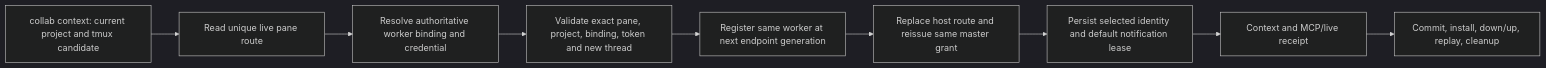
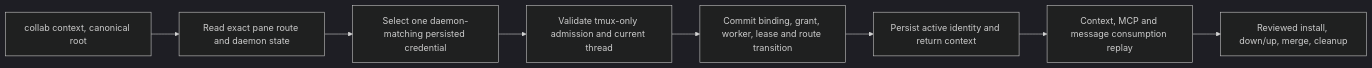
The diagram in collab/docs/design/pane-master-recovery.md (Jasonzhangf/appsdk), drawn with Mermaid (dark theme) before and after one commit. The commit also changed other lines of this file, not shown here.

Commit message:
docs(collab): define same-pane master recovery protocol

````diff
--- a/collab/docs/design/pane-master-recovery.md
+++ b/collab/docs/design/pane-master-recovery.md
@@ -20,11 +45,10 @@
 ```mermaid
 flowchart LR
-  A[collab context: current project and tmux candidate] --> B[Read unique live pane route]
-  B --> C[Resolve authoritative worker binding and credential]
-  C --> D[Validate exact pane, project, binding, token and new thread]
-  D --> E[Register same worker at next endpoint generation]
-  E --> F[Replace host route and reissue same master grant]
-  F --> G[Persist selected identity and default notification lease]
-  G --> H[Context and MCP/live receipt]
-  H --> I[Commit, install, down/up, replay, cleanup]
+  A[collab context, canonical root] --> B[Read exact pane route and daemon state]
+  B --> C[Select one daemon-matching persisted credential]
+  C --> D[Validate tmux-only admission and current thread]
+  D --> E[Commit binding, grant, worker, lease and route transition]
+  E --> F[Persist active identity and return context]
+  F --> G[Context, MCP and message consumption replay]
+  G --> H[Reviewed install, down/up, merge, cleanup]
 ```
````
